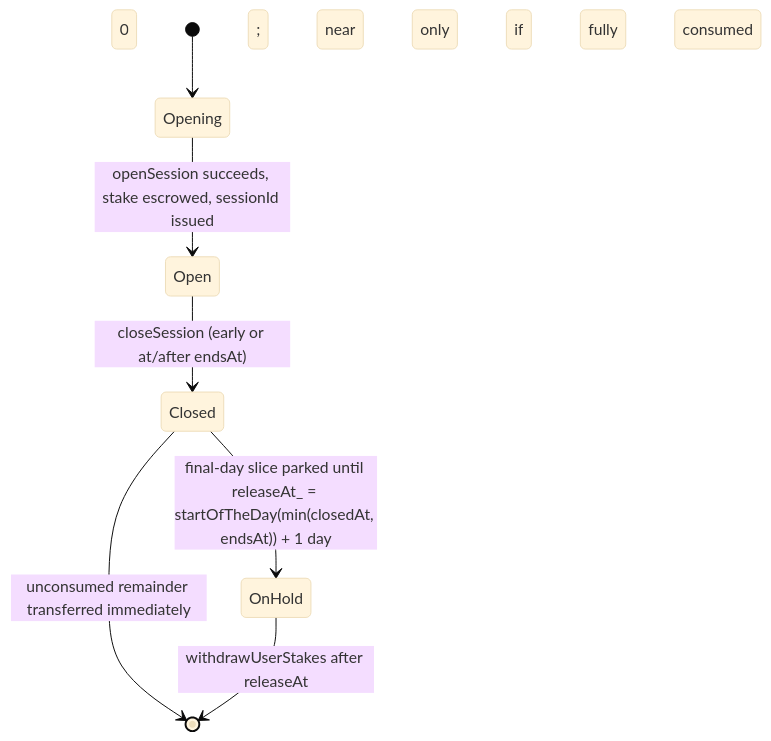
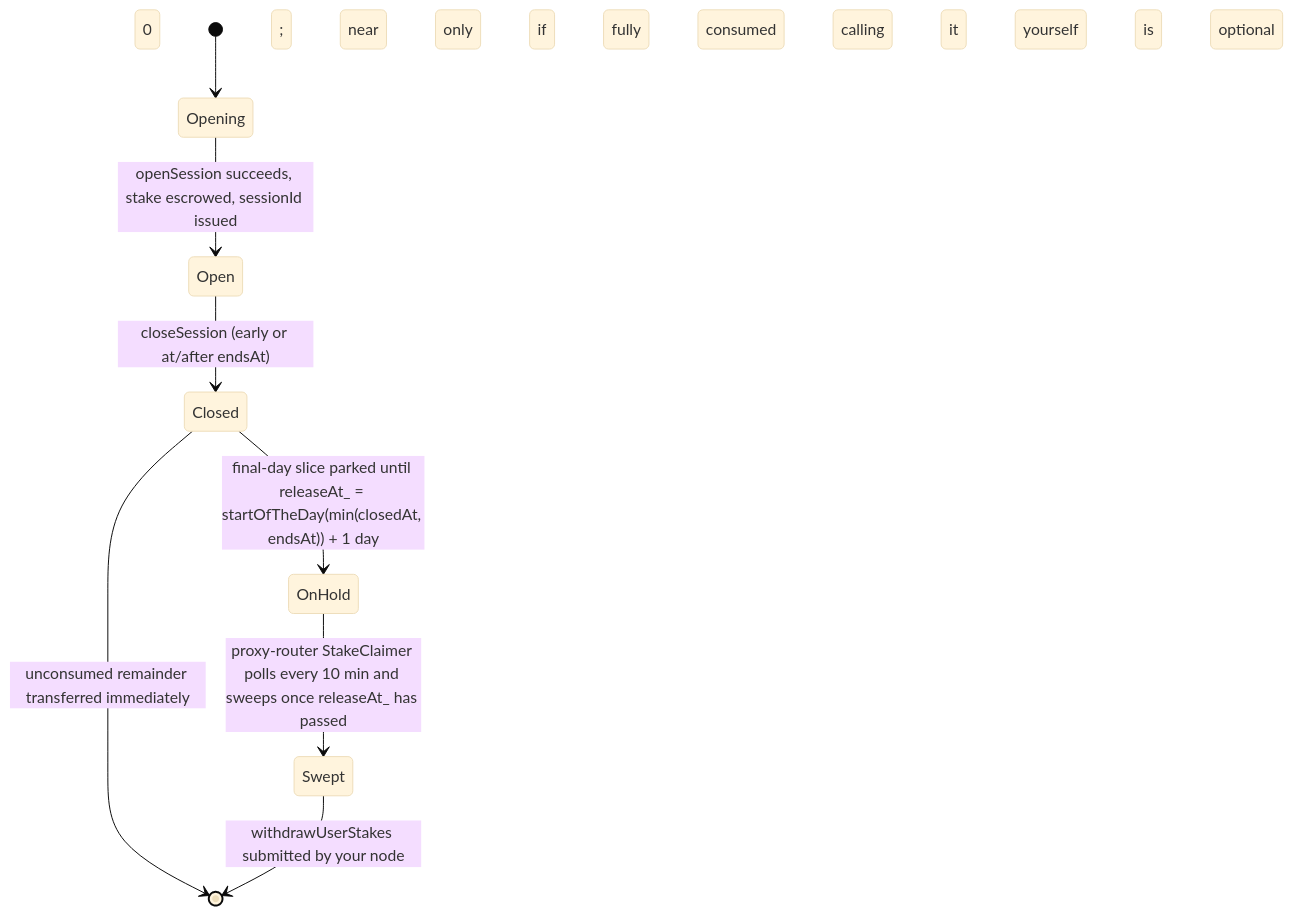
The second of 2 diagrams in docs/concepts/sessions-stake-close-recover.mdx (cowboycoderhq/Morpheus-Lumerin-Node), drawn with Mermaid (base theme) before and after one commit. The commit also changed other lines of this file and 6 other files, not shown here.

````diff
--- a/docs/concepts/sessions-stake-close-recover.mdx
+++ b/docs/concepts/sessions-stake-close-recover.mdx
@@ -127,9 +127,10 @@
 ```mermaid
 stateDiagram-v2
   [*] --> Opening
   Opening --> Open: openSession succeeds, stake escrowed, sessionId issued
   Open --> Closed: closeSession (early or at/after endsAt)
   Closed --> [*]: unconsumed remainder transferred immediately; near 0 only if fully consumed
   Closed --> OnHold: final-day slice parked until releaseAt_ = startOfTheDay(min(closedAt, endsAt)) + 1 day
-  OnHold --> [*]: withdrawUserStakes after releaseAt
+  OnHold --> Swept: proxy-router StakeClaimer polls every 10 min and sweeps once releaseAt_ has passed
+  Swept --> [*]: withdrawUserStakes submitted by your node; calling it yourself is optional
 ```
````
